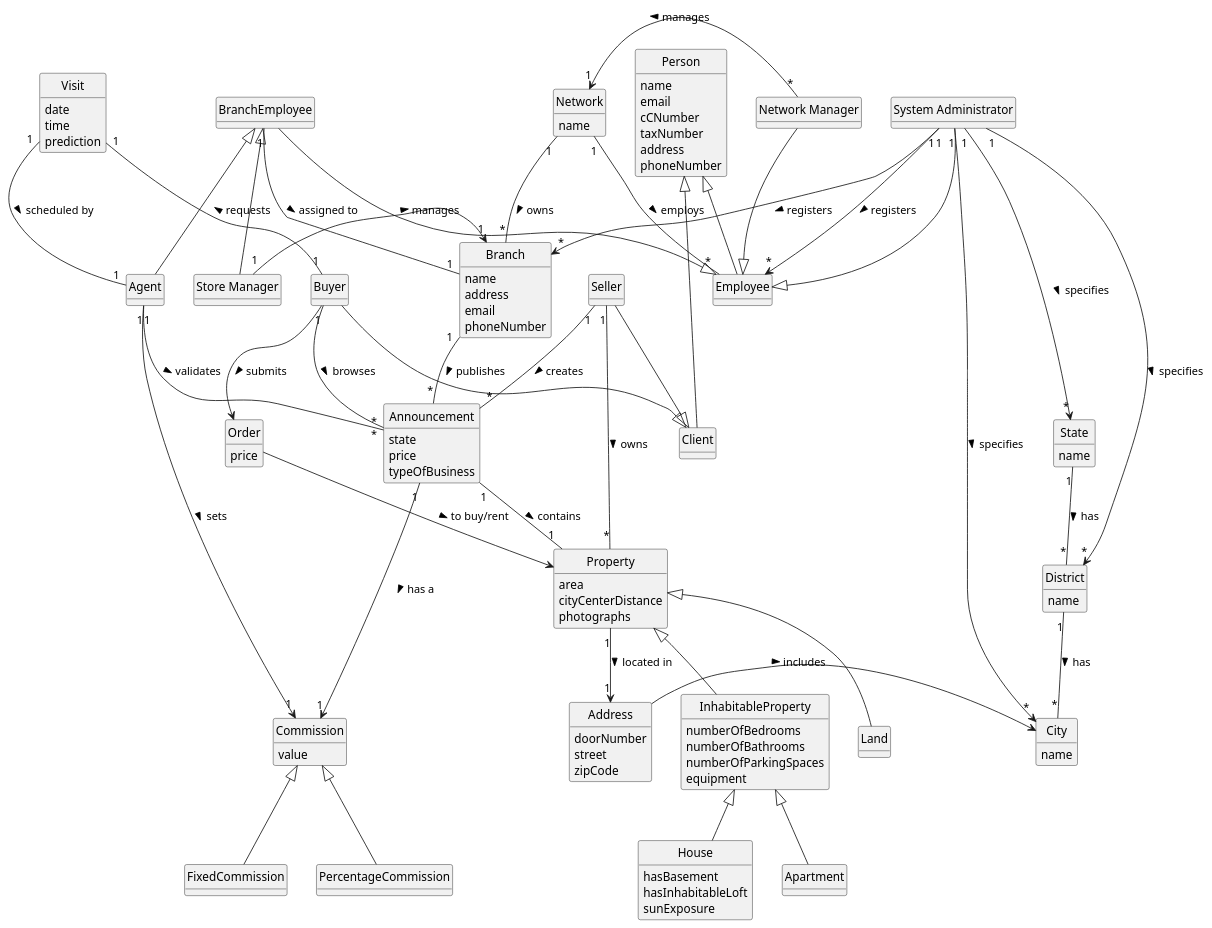
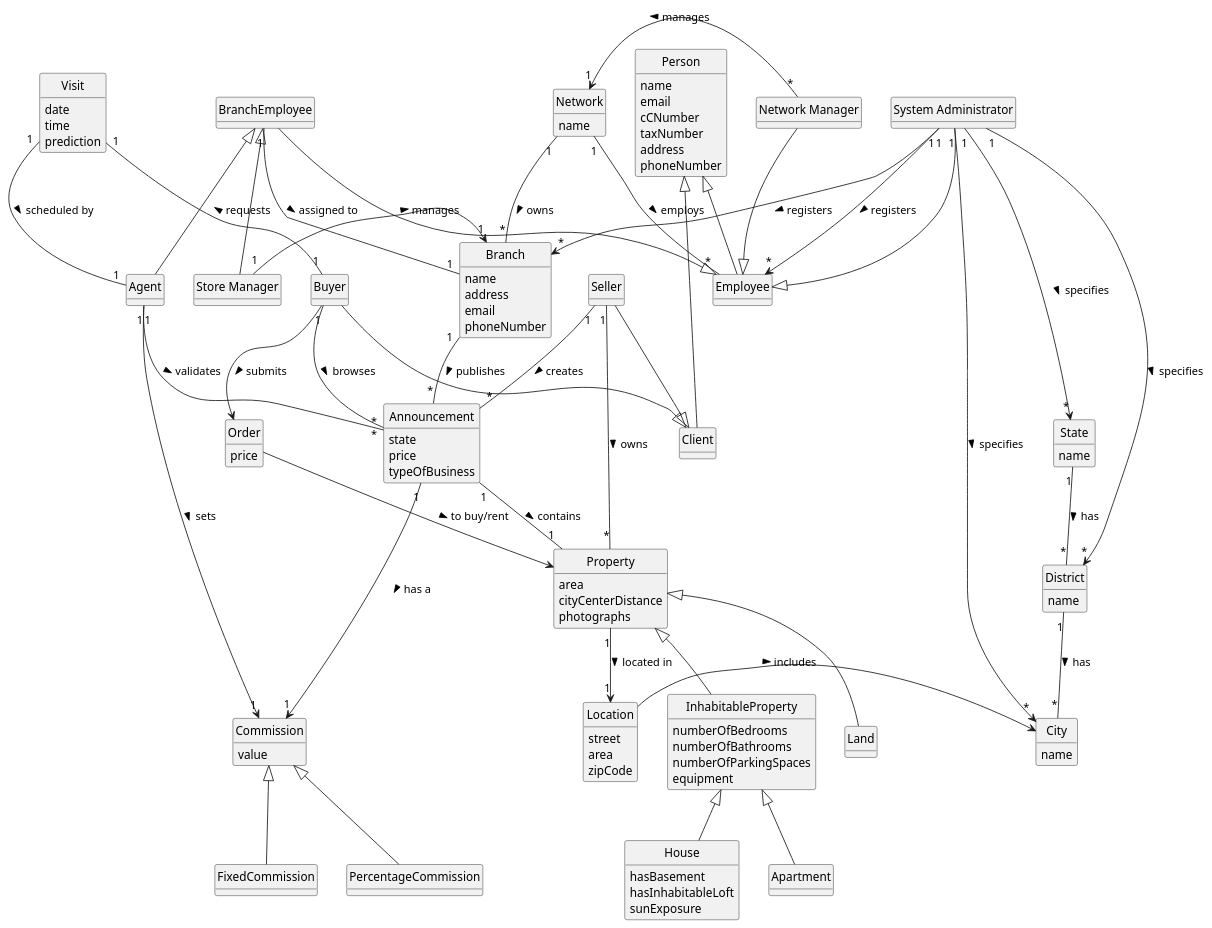
Before and after one commit to tiagohcorreia/LAPR2: the diagram in docs/sprintC/global-artifacts/02.analysis/puml/project-domain-model.puml, drawn with PlantUML. The commit also changed 25 other files, not shown here.

```diff
--- a/docs/sprintC/global-artifacts/02.analysis/puml/project-domain-model.puml
+++ b/docs/sprintC/global-artifacts/02.analysis/puml/project-domain-model.puml
@@ -1,200 +1,200 @@
 @startuml
 'https://plantuml.com/class-diagram
 
 skinparam monochrome true
 skinparam packageStyle rectangle
 skinparam shadowing false
 
 'skinparam linetype ortho
 'left to right direction
 skinparam classAttributeIconSize 0
 'skinparam groupInheritance 2
 hide circle
 hide methods
 
-class Address{
-doorNumber
+class Location{
 street
+area
 zipCode
 }
 
 class Network{
 name
 }
 
 class Branch{
 name
 address
 email
 phoneNumber
 }
 
 class Employee{
 }
 
 class Person{
 name
 email
 cCNumber
 taxNumber
 address
 phoneNumber
 }
 
 class BranchEmployee
 
 together {
 class "System Administrator" as SysAdmin
 class "Network Manager" as NetworkMan
 }
 
 together {
 class "Store Manager" as StoreMan
 class Agent
 }
 
 class Client{
 }
 
 class Buyer
 
 class Seller
 
 class Visit{
 date
 time
 prediction
 }
 
 class Order{
 price
 }
 
 class Commission{
 value
 }
 
 class Announcement{
 state
 price
 typeOfBusiness
 }
 
 class Property{
 area
 cityCenterDistance
 photographs
 }
 
 class InhabitableProperty{
 numberOfBedrooms
 numberOfBathrooms
 numberOfParkingSpaces
 equipment
 }
 
 class House{
 hasBasement
 hasInhabitableLoft
 sunExposure
 }
 
 class Apartment{
 }
 
 class Land{
 }
 
 together {
     class State{
     name
     }
     class District{
     name
     }
     class City{
     name
     }
 }
 
 Network "1" -- "*" Branch: owns >
 Branch "1" -- "*" Announcement: publishes >
 Announcement "1" -- "1" Property: contains >
 
 Network "1" -- "*" Employee: employs >
 
 Property <|-- InhabitableProperty
 InhabitableProperty <|-- House
 InhabitableProperty <|-- Apartment
 'Property <|-- House
 'Property <|-- Apartment
 Property <|-- Land
 
 BranchEmployee --|> Employee
 
 Person <|-- Employee
 Person <|-- Client
 
 Employee <|-- SysAdmin
 Employee <|-- NetworkMan
 BranchEmployee <|- StoreMan
 BranchEmployee <|- Agent
 
 'SysAdmin ---|> Employee
 'NetworkMan ---|> Employee
 'StoreMan ---|> Employee
 'Agent ---|> Employee
 
 BranchEmployee "1" - "1" Branch: assigned to >
 
 SysAdmin "1" --> "*" Employee: registers >
 SysAdmin "1" --> "*" Branch: registers >
 
 SysAdmin "1" ---> "*" State: specifies >
 SysAdmin "1" ---> "*" District: specifies >
 SysAdmin "1" ---> "*" City: specifies >
 
 NetworkMan "*" -> "1" Network: manages >
 
 StoreMan "1" -> "1" Branch: manages >
 
 Buyer --|> Client
 Seller --|> Client
 
 Seller "1" - "*" Property: owns >
 Seller "1" -- "*" Announcement: creates >
 Agent "1" - "*" Announcement: validates >
 Visit "1" - "1" Buyer: requests <
 Buyer "1" - "*" Announcement: browses >
 Visit "1" -- "1" Agent: scheduled by >
 
 Agent "1" -> "1" Commission: sets >
 
 
 District "1" -- "*" City: has >
 State "1" -- "*" District: has >
 
 
 Announcement "1" ---> "1" Commission: has a >
 
 Commission <|-- FixedCommission
 Commission <|-- PercentageCommission
 
 Buyer --> Order: submits >
 Order --> Property: to buy/rent >
-Property "1" --> "1" Address: located in >
+Property "1" --> "1" Location: located in >
 
-Address -> City: includes >
+Location -> City: includes >
 
 'class User{
 'email
 'password
 '}
 '
 'User <--- SysAdmin: accesses as <
 'User <--- NetworkMan: accesses as <
 'User <--- Agent: accesses as <
 'User <--- StoreMan: accesses as <
 'User <--- Client: accesses as <
 
 @enduml
```
